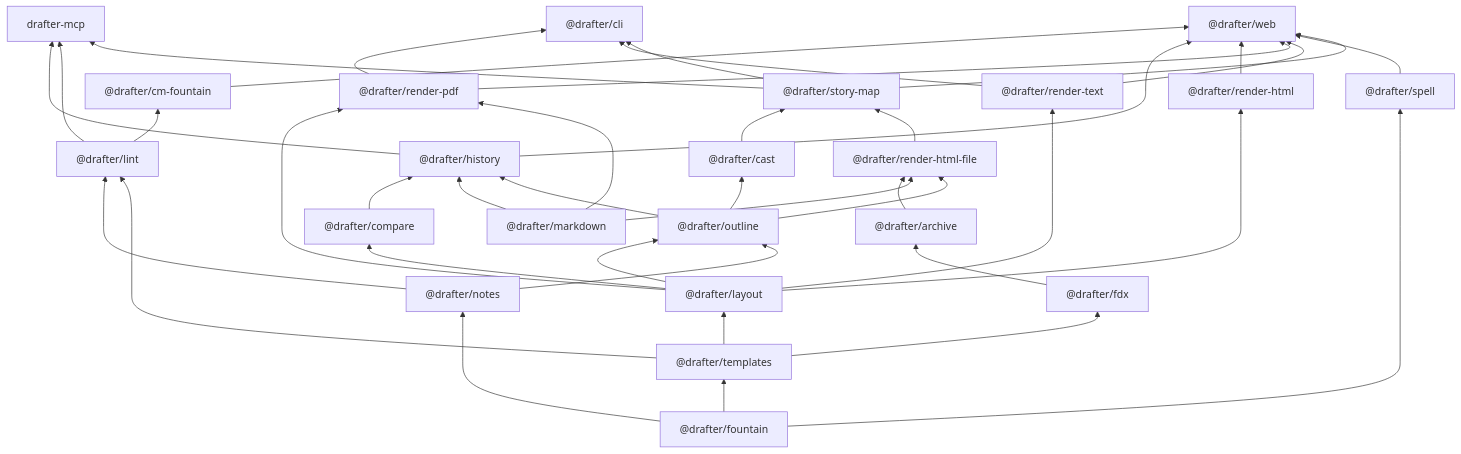
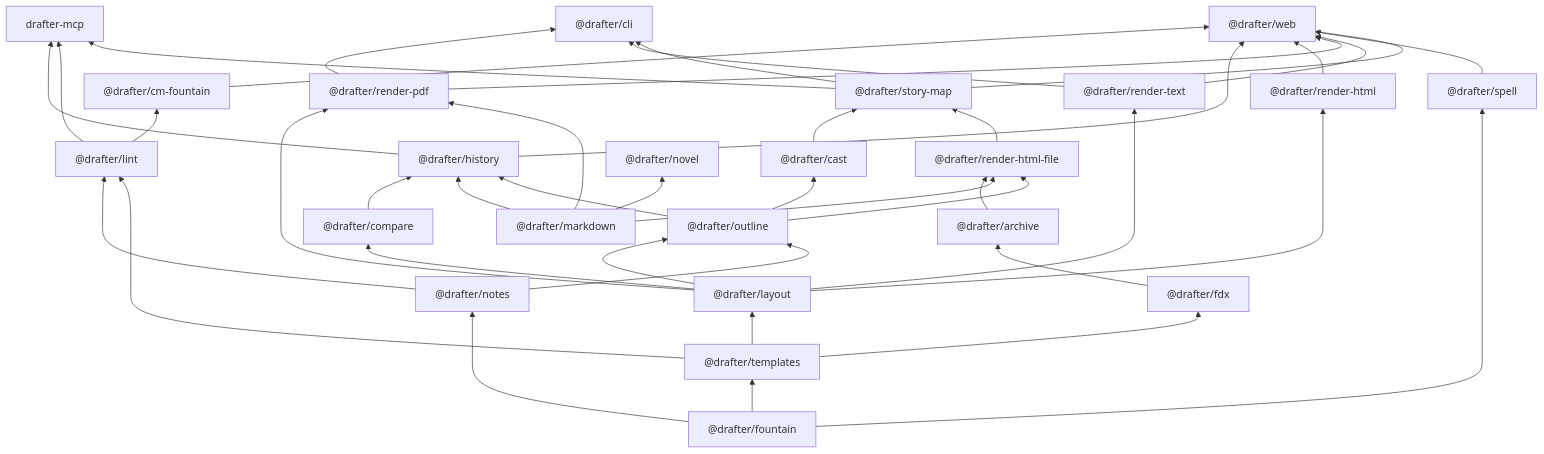
Before and after one commit to cschweda/drafter: the first of 5 diagrams in docs/technical-details.md, drawn with Mermaid. The commit also changed 14 other files, not shown here.

````diff
--- a/docs/technical-details.md
+++ b/docs/technical-details.md
@@ -38,63 +38,65 @@
 ```mermaid
 flowchart BT
   web["@drafter/web"]
   cli["@drafter/cli"]
   drafter_mcp["drafter-mcp"]
   cm_fountain["@drafter/cm-fountain"]
   outline["@drafter/outline"]
   compare["@drafter/compare"]
   history["@drafter/history"]
   cast["@drafter/cast"]
   story_map["@drafter/story-map"]
   render_pdf["@drafter/render-pdf"]
   render_html["@drafter/render-html"]
   render_html_file["@drafter/render-html-file"]
   render_text["@drafter/render-text"]
   layout["@drafter/layout"]
   lint["@drafter/lint"]
   fdx["@drafter/fdx"]
   archive["@drafter/archive"]
   templates["@drafter/templates"]
   notes["@drafter/notes"]
   spell["@drafter/spell"]
   markdown["@drafter/markdown"]
+  novel["@drafter/novel"]
   fountain["@drafter/fountain"]
   cm_fountain --> web
   history --> web
   render_html --> web
   render_pdf --> web
   render_text --> web
   spell --> web
   story_map --> web
   render_pdf --> cli
   render_text --> cli
   story_map --> cli
   history --> drafter_mcp
   lint --> drafter_mcp
   story_map --> drafter_mcp
   lint --> cm_fountain
   layout --> outline
   notes --> outline
   layout --> compare
   compare --> history
   markdown --> history
   outline --> history
   outline --> cast
   cast --> story_map
   render_html_file --> story_map
   layout --> render_pdf
   markdown --> render_pdf
   layout --> render_html
   archive --> render_html_file
   markdown --> render_html_file
   outline --> render_html_file
   layout --> render_text
   templates --> layout
   notes --> lint
   templates --> lint
   templates --> fdx
   fdx --> archive
   fountain --> templates
   fountain --> notes
   fountain --> spell
+  markdown --> novel
 ```
````
